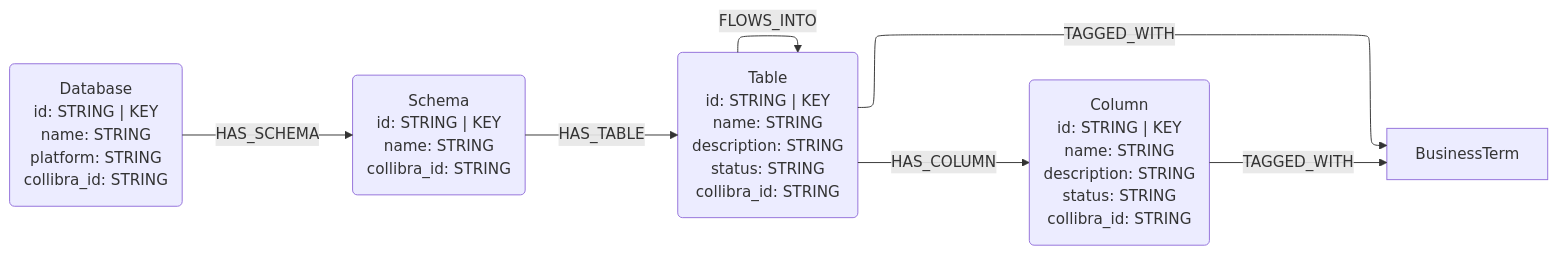
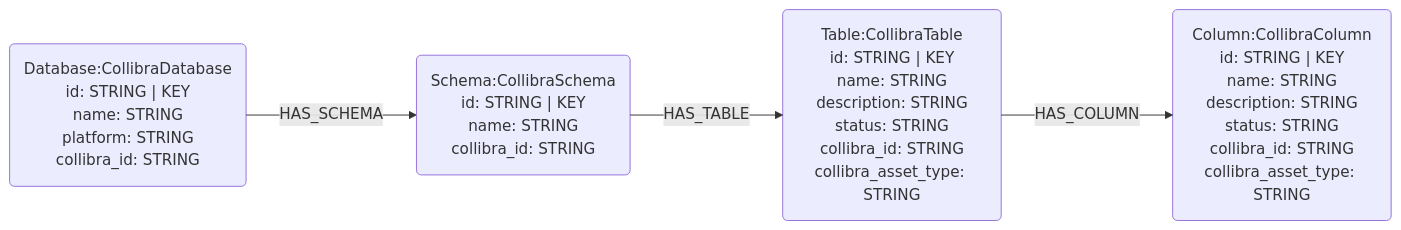
One commit to neo4j-labs/neocarta changed the first of 2 diagrams in neocarta/connectors/collibra/README.md. Above: the diagram before and after it, drawn with Mermaid. The commit also changed other lines of this file and 20 other files, not shown here.

````diff
--- a/neocarta/connectors/collibra/README.md
+++ b/neocarta/connectors/collibra/README.md
@@ -11,18 +24,15 @@
 ```mermaid
 ---
 config:
     layout: elk
 ---
 graph LR
-Database("Database<br/>id: STRING | KEY<br/>name: STRING<br/>platform: STRING<br/>collibra_id: STRING")
-Schema("Schema<br/>id: STRING | KEY<br/>name: STRING<br/>collibra_id: STRING")
-Table("Table<br/>id: STRING | KEY<br/>name: STRING<br/>description: STRING<br/>status: STRING<br/>collibra_id: STRING")
-Column("Column<br/>id: STRING | KEY<br/>name: STRING<br/>description: STRING<br/>status: STRING<br/>collibra_id: STRING")
+Database("Database:CollibraDatabase<br/>id: STRING | KEY<br/>name: STRING<br/>platform: STRING<br/>collibra_id: STRING")
+Schema("Schema:CollibraSchema<br/>id: STRING | KEY<br/>name: STRING<br/>collibra_id: STRING")
+Table("Table:CollibraTable<br/>id: STRING | KEY<br/>name: STRING<br/>description: STRING<br/>status: STRING<br/>collibra_id: STRING<br/>collibra_asset_type: STRING")
+Column("Column:CollibraColumn<br/>id: STRING | KEY<br/>name: STRING<br/>description: STRING<br/>status: STRING<br/>collibra_id: STRING<br/>collibra_asset_type: STRING")
 
 Database -->|HAS_SCHEMA| Schema
 Schema -->|HAS_TABLE| Table
 Table -->|HAS_COLUMN| Column
-Column -->|TAGGED_WITH| BusinessTerm
-Table -->|TAGGED_WITH| BusinessTerm
-Table -->|FLOWS_INTO| Table
 ```
````
